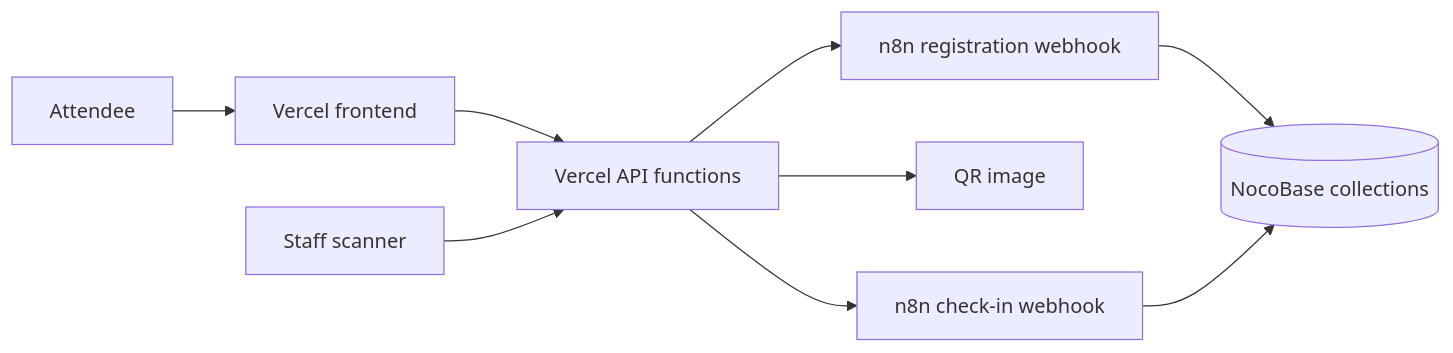
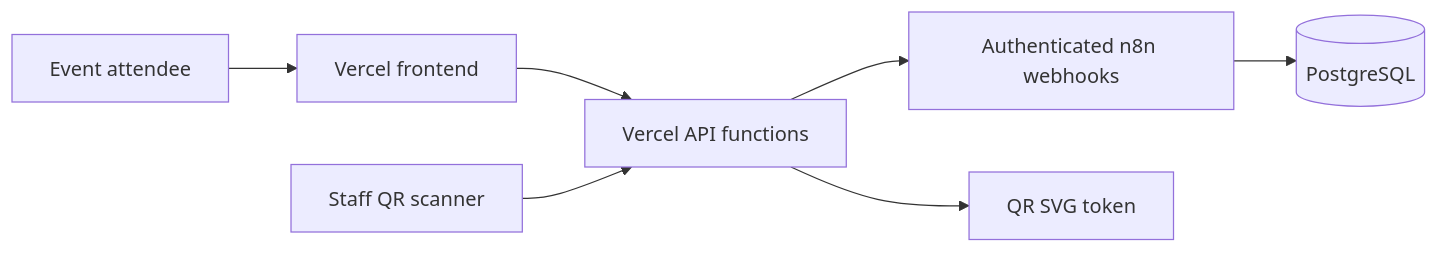
One commit to MNR05/MNR05 changed the diagram in projects/eventflow-qr/README.md. Above: the diagram before and after it, drawn with Mermaid. The commit also changed other lines of this file, not shown here.

Commit message:
docs(eventflow): document PostgreSQL architecture, schema and setup

````diff
--- a/projects/eventflow-qr/README.md
+++ b/projects/eventflow-qr/README.md
@@ -22,11 +27,9 @@
 ```mermaid
 flowchart LR
-  A[Attendee] --> B[Vercel frontend]
+  A[Event attendee] --> B[Vercel frontend]
   B --> C[Vercel API functions]
-  C --> D[n8n registration webhook]
-  D --> E[(NocoBase collections)]
-  C --> F[QR image]
-  G[Staff scanner] --> C
-  C --> H[n8n check-in webhook]
-  H --> E
+  C --> D[Authenticated n8n webhooks]
+  D --> E[(PostgreSQL)]
+  C --> F[QR SVG token]
+  G[Staff QR scanner] --> C
 ```
````
